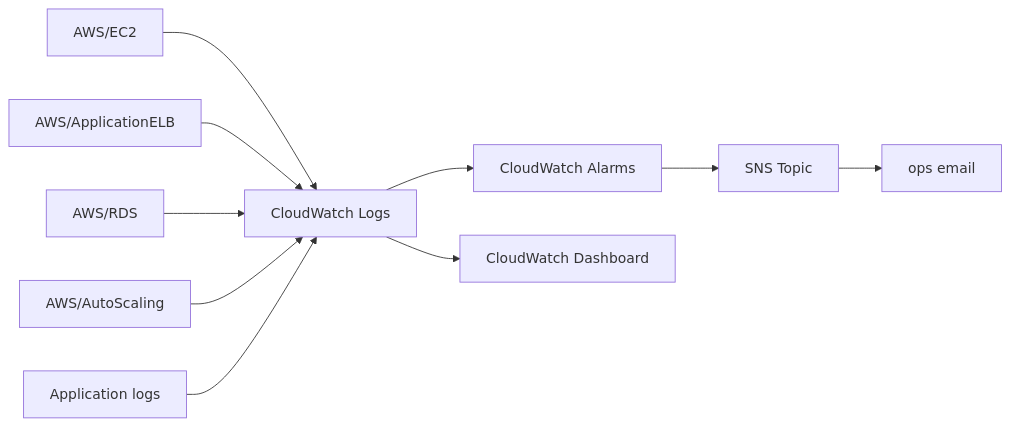
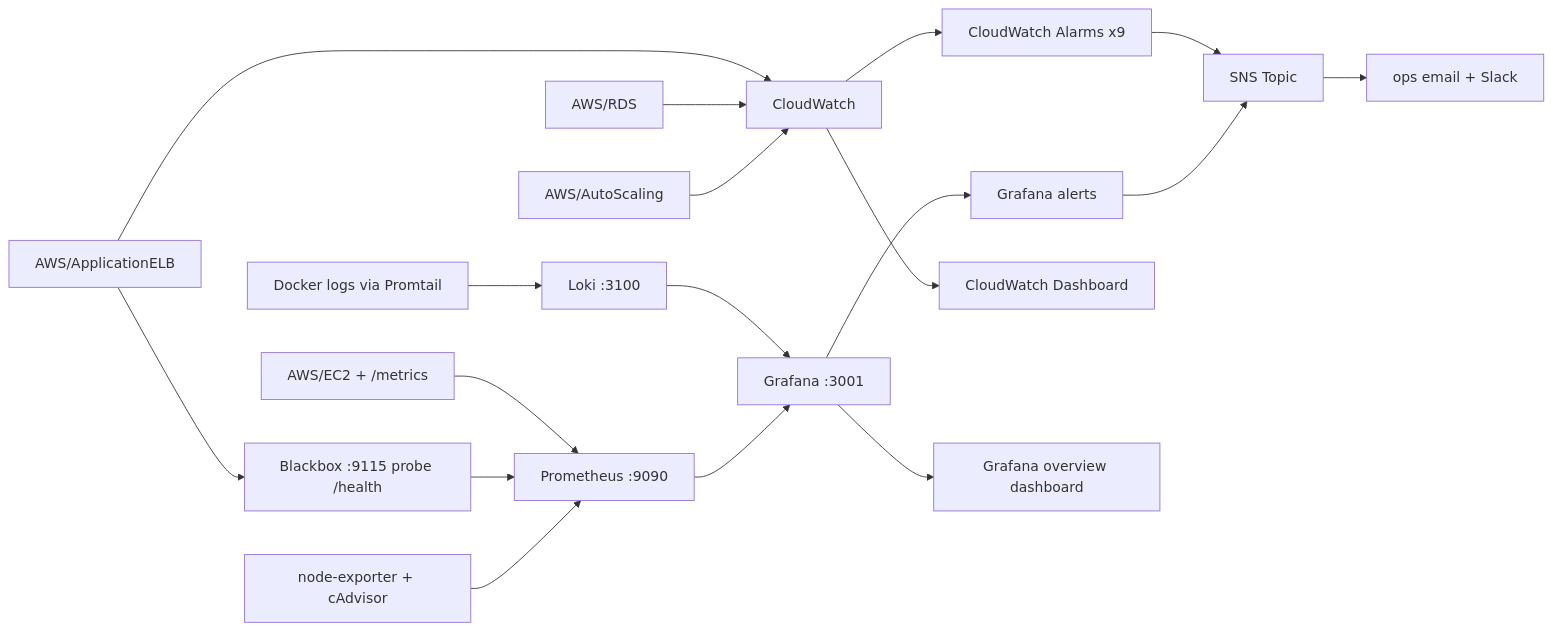
Before and after one commit to shubhu-io/secure-3-tier-aws-web-application: the first of 2 diagrams in docs/architecture/monitoring.md, drawn with Mermaid. The commit also changed other lines of this file and 45 other files, not shown here.

````diff
--- a/docs/architecture/monitoring.md
+++ b/docs/architecture/monitoring.md
@@ -5,12 +9,20 @@
 ```mermaid
 flowchart LR
-    EC2[AWS/EC2] --> CW[CloudWatch]
-    ALB[AWS/ApplicationELB] --> CW
+    EC2[AWS/EC2 + /metrics] --> PROM[Prometheus :9090]
+    ALB[AWS/ApplicationELB] --> CW[CloudWatch]
+    ALB --> BB[Blackbox :9115 probe /health]
+    BB --> PROM
     RDS[AWS/RDS] --> CW
     ASG[AWS/AutoScaling] --> CW
-    APP[Application logs] --> CW[CloudWatch Logs]
-    CW --> ALARM[CloudWatch Alarms]
+    NE[node-exporter + cAdvisor] --> PROM
+    APP[Docker logs via Promtail] --> LOKI[Loki :3100]
+    LOKI --> GRAF[Grafana :3001]
+    PROM --> GRAF
+    CW --> ALARM[CloudWatch Alarms x9]
+    GRAF --> SNS2[Grafana alerts]
     ALARM --> SNS[SNS Topic]
-    SNS --> EMAIL[ops email]
+    SNS2 --> SNS
+    SNS --> EMAIL[ops email + Slack]
     CW --> DASH[CloudWatch Dashboard]
+    GRAF --> GDASH[Grafana overview dashboard]
 ```
````
